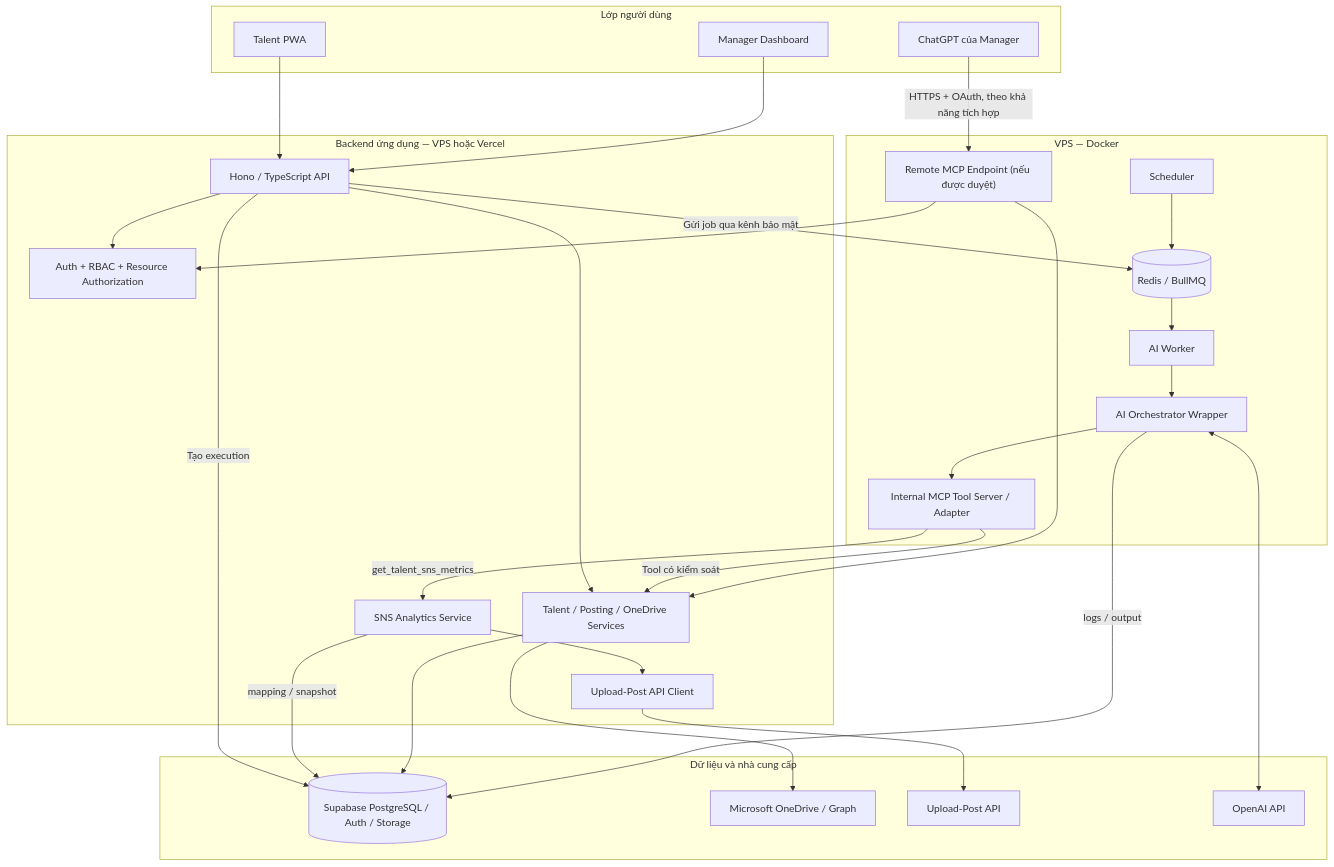
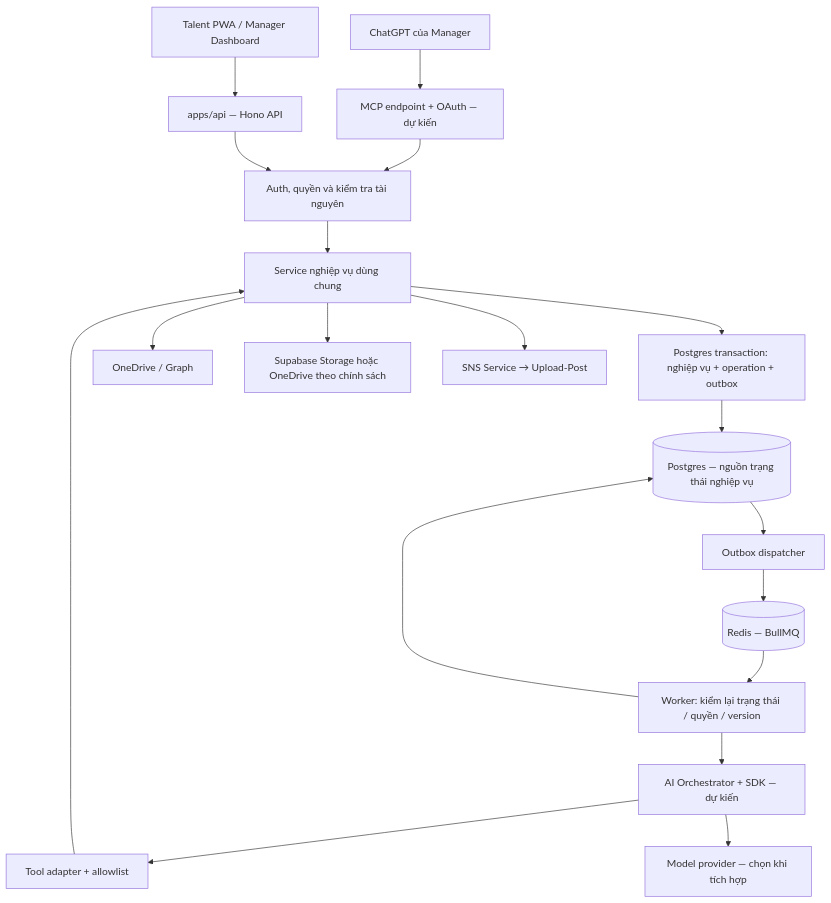
One commit to hailt-amcolab/ai_talent_os_docs changed the first of 2 diagrams in agent_spec/AI_Talent_OS_AI_Core_Architecture_Report_v2.md. Above: the diagram before and after it, drawn with Mermaid. The commit also changed other lines of this file and 180 other files, not shown here.

````diff
--- a/agent_spec/AI_Talent_OS_AI_Core_Architecture_Report_v2.md
+++ b/agent_spec/AI_Talent_OS_AI_Core_Architecture_Report_v2.md
@@ -77,52 +30,21 @@
-``` mermaid
+```mermaid
 flowchart TB
-    subgraph CLIENT["Lớp người dùng"]
-        PWA["Talent PWA"]
-        MAN["Manager Dashboard"]
-        GPT["ChatGPT của Manager"]
-    end
-    subgraph APP["Backend ứng dụng — VPS hoặc Vercel"]
-        API["Hono / TypeScript API"]
-        AUTH["Auth + RBAC + Resource Authorization"]
-        SNS["SNS Analytics Service"]
-        UCLIENT["Upload-Post API Client"]
-        BIZ["Talent / Posting / OneDrive Services"]
-    end
-    subgraph VPS["VPS — Docker"]
-        SCH["Scheduler"]
-        REDIS[("Redis / BullMQ")]
-        WORK["AI Worker"]
-        ORCH["AI Orchestrator Wrapper"]
-        MCP["Internal MCP Tool Server / Adapter"]
-        REMOTE["Remote MCP Endpoint (nếu được duyệt)"]
-    end
-    subgraph EXTERNAL["Dữ liệu và nhà cung cấp"]
-        SUPA[("Supabase PostgreSQL / Auth / Storage")]
-        DRIVE["Microsoft OneDrive / Graph"]
-        POST["Upload-Post API"]
-        LLM["OpenAI API"]
-    end
-
-    PWA --> API
-    MAN --> API
-    API --> AUTH
-    API --> BIZ
-    API -->|Tạo execution| SUPA
-    API -->|Gửi job qua kênh bảo mật| REDIS
-    SCH --> REDIS
-    REDIS --> WORK
-    WORK --> ORCH
-    ORCH <--> LLM
-    ORCH --> MCP
-    MCP -->|Tool có kiểm soát| BIZ
-    MCP -->|get_talent_sns_metrics| SNS
-    SNS --> UCLIENT
-    UCLIENT --> POST
-    SNS -->|mapping / snapshot| SUPA
-    BIZ --> DRIVE
-    BIZ --> SUPA
-    ORCH -->|logs / output| SUPA
-    GPT -->|HTTPS + OAuth, theo khả năng tích hợp| REMOTE
-    REMOTE --> AUTH
-    REMOTE --> BIZ
+  PWA["Talent PWA / Manager Dashboard"] --> API["apps/api — Hono API"]
+  GPT["ChatGPT của Manager"] --> REMOTE["MCP endpoint + OAuth — dự kiến"]
+  REMOTE --> AUTH["Auth, quyền và kiểm tra tài nguyên"]
+  API --> AUTH
+  AUTH --> BIZ["Service nghiệp vụ dùng chung"]
+  BIZ --> TX["Postgres transaction: nghiệp vụ + operation + outbox"]
+  TX --> DB[("Postgres — nguồn trạng thái nghiệp vụ")]
+  DB --> DISP["Outbox dispatcher"]
+  DISP --> REDIS[("Redis — BullMQ")]
+  REDIS --> WORK["Worker: kiểm lại trạng thái / quyền / version"]
+  WORK --> ORCH["AI Orchestrator + SDK — dự kiến"]
+  ORCH --> TOOLS["Tool adapter + allowlist"]
+  TOOLS --> BIZ
+  ORCH --> LLM["Model provider — chọn khi tích hợp"]
+  WORK --> DB
+  BIZ --> DRIVE["OneDrive / Graph"]
+  BIZ --> MEDIA["Supabase Storage hoặc OneDrive theo chính sách"]
+  BIZ --> SNS["SNS Service → Upload-Post"]
 ```
````
